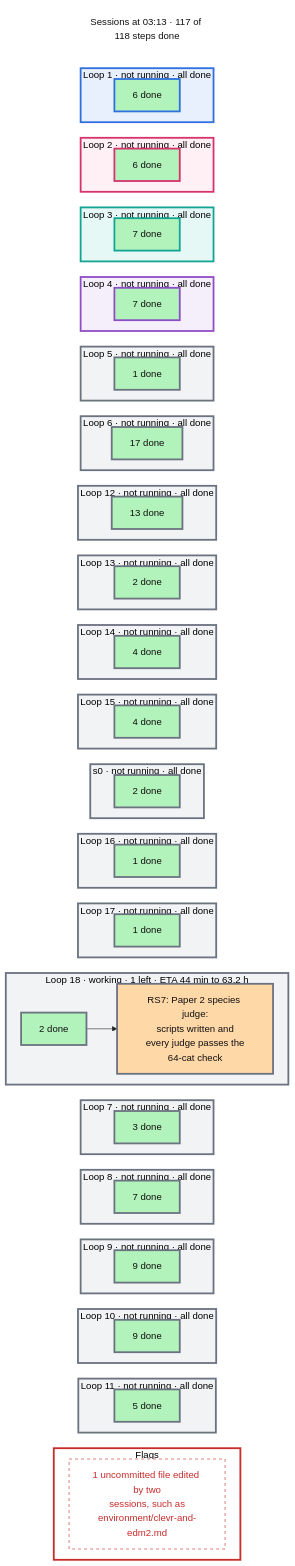
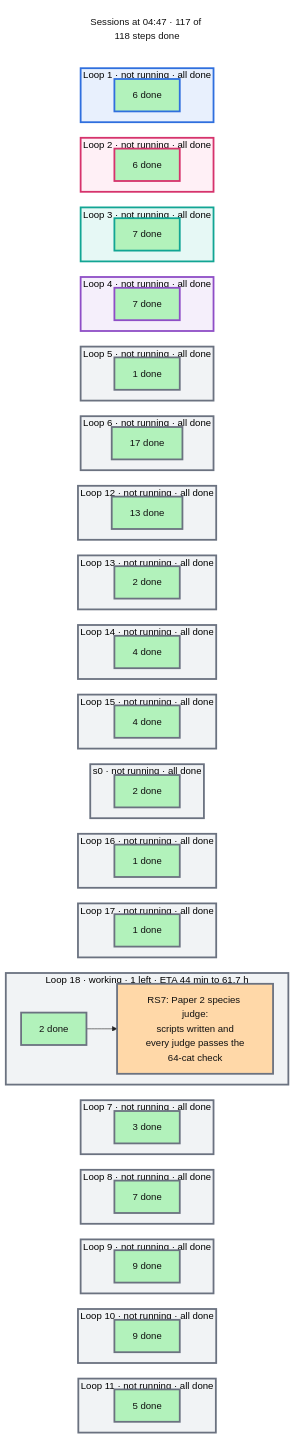
The diagram in artifacts/notes/progress/sessions.mmd (mo-rsa24/concept-composition), drawn with Mermaid before and after one commit. The commit also changed 9 other files, not shown here.

```diff
--- a/artifacts/notes/progress/sessions.mmd
+++ b/artifacts/notes/progress/sessions.mmd
@@ -1,129 +1,124 @@
 %%{init: {'theme': 'base', 'themeVariables': {'fontFamily': 'monospace', 'primaryColor': '#ffffff', 'primaryBorderColor': '#222222', 'primaryTextColor': '#111111', 'lineColor': '#222222'}, 'flowchart': {'nodeSpacing': 16, 'rankSpacing': 26}}}%%
 flowchart TB
   classDef done fill:#b2f2bb,color:#111111
   classDef doing fill:#ffd8a8,color:#111111
   classDef todo fill:#e9ecef,color:#111111
   classDef note fill:#ffffff,stroke:#c92a2a,stroke-dasharray:5 5,color:#c92a2a
-  now["Sessions at 03:13 · 117 of 118 steps done"]
+  now["Sessions at 04:47 · 117 of 118 steps done"]
   style now fill:#ffffff,stroke:#ffffff,color:#111111
   subgraph L0["Loop 1 · not running · all done"]
     direction LR
     d0["6 done"]:::done
   end
   subgraph L1["Loop 2 · not running · all done"]
     direction LR
     d1["6 done"]:::done
   end
   subgraph L2["Loop 3 · not running · all done"]
     direction LR
     d2["7 done"]:::done
   end
   subgraph L3["Loop 4 · not running · all done"]
     direction LR
     d3["7 done"]:::done
   end
   subgraph L4["Loop 5 · not running · all done"]
     direction LR
     d4["1 done"]:::done
   end
   subgraph L5["Loop 6 · not running · all done"]
     direction LR
     d5["17 done"]:::done
   end
   subgraph L6["Loop 12 · not running · all done"]
     direction LR
     d6["13 done"]:::done
   end
   subgraph L7["Loop 13 · not running · all done"]
     direction LR
     d7["2 done"]:::done
   end
   subgraph L8["Loop 14 · not running · all done"]
     direction LR
     d8["4 done"]:::done
   end
   subgraph L9["Loop 15 · not running · all done"]
     direction LR
     d9["4 done"]:::done
   end
   subgraph L10["s0 · not running · all done"]
     direction LR
     d10["2 done"]:::done
   end
   subgraph L11["Loop 16 · not running · all done"]
     direction LR
     d11["1 done"]:::done
   end
   subgraph L12["Loop 17 · not running · all done"]
     direction LR
     d12["1 done"]:::done
   end
-  subgraph L13["Loop 18 · working · 1 left · ETA 44 min to 63.2 h"]
+  subgraph L13["Loop 18 · working · 1 left · ETA 44 min to 61.7 h"]
     direction LR
     d13["2 done"]:::done --> n_RS7["RS7: Paper 2 species judge:<br/>scripts written and<br/>every judge passes the<br/>64-cat check"]:::doing
   end
   subgraph L14["Loop 7 · not running · all done"]
     direction LR
     d14["3 done"]:::done
   end
   subgraph L15["Loop 8 · not running · all done"]
     direction LR
     d15["7 done"]:::done
   end
   subgraph L16["Loop 9 · not running · all done"]
     direction LR
     d16["9 done"]:::done
   end
   subgraph L17["Loop 10 · not running · all done"]
     direction LR
     d17["9 done"]:::done
   end
   subgraph L18["Loop 11 · not running · all done"]
     direction LR
     d18["5 done"]:::done
   end
-  subgraph L19["Flags"]
-    direction LR
-    flag0["1 uncommitted file edited by two<br/>sessions, such as<br/>environment/clevr-and-edm2.md"]:::note
-  end
-  now ~~~ L0 ~~~ L1 ~~~ L2 ~~~ L3 ~~~ L4 ~~~ L5 ~~~ L6 ~~~ L7 ~~~ L8 ~~~ L9 ~~~ L10 ~~~ L11 ~~~ L12 ~~~ L13 ~~~ L14 ~~~ L15 ~~~ L16 ~~~ L17 ~~~ L18 ~~~ L19
+  now ~~~ L0 ~~~ L1 ~~~ L2 ~~~ L3 ~~~ L4 ~~~ L5 ~~~ L6 ~~~ L7 ~~~ L8 ~~~ L9 ~~~ L10 ~~~ L11 ~~~ L12 ~~~ L13 ~~~ L14 ~~~ L15 ~~~ L16 ~~~ L17 ~~~ L18
   style L0 fill:#e8f0fd,stroke:#2f6fde,stroke-width:3px
   style d0 stroke:#2f6fde,stroke-width:3px
   style L1 fill:#fff0f6,stroke:#d6336c,stroke-width:3px
   style d1 stroke:#d6336c,stroke-width:3px
   style L2 fill:#e6f8f5,stroke:#12a594,stroke-width:3px
   style d2 stroke:#12a594,stroke-width:3px
   style L3 fill:#f5effb,stroke:#8e4ec6,stroke-width:3px
   style d3 stroke:#8e4ec6,stroke-width:3px
   style L4 fill:#f1f3f5,stroke:#6b7280,stroke-width:3px
   style d4 stroke:#6b7280,stroke-width:3px
   style L5 fill:#f1f3f5,stroke:#6b7280,stroke-width:3px
   style d5 stroke:#6b7280,stroke-width:3px
   style L6 fill:#f1f3f5,stroke:#6b7280,stroke-width:3px
   style d6 stroke:#6b7280,stroke-width:3px
   style L7 fill:#f1f3f5,stroke:#6b7280,stroke-width:3px
   style d7 stroke:#6b7280,stroke-width:3px
   style L8 fill:#f1f3f5,stroke:#6b7280,stroke-width:3px
   style d8 stroke:#6b7280,stroke-width:3px
   style L9 fill:#f1f3f5,stroke:#6b7280,stroke-width:3px
   style d9 stroke:#6b7280,stroke-width:3px
   style L10 fill:#f1f3f5,stroke:#6b7280,stroke-width:3px
   style d10 stroke:#6b7280,stroke-width:3px
   style L11 fill:#f1f3f5,stroke:#6b7280,stroke-width:3px
   style d11 stroke:#6b7280,stroke-width:3px
   style L12 fill:#f1f3f5,stroke:#6b7280,stroke-width:3px
   style d12 stroke:#6b7280,stroke-width:3px
   style L13 fill:#f1f3f5,stroke:#6b7280,stroke-width:3px
   style d13 stroke:#6b7280,stroke-width:3px
   style n_RS7 stroke:#6b7280,stroke-width:3px
   style L14 fill:#f1f3f5,stroke:#6b7280,stroke-width:3px
   style d14 stroke:#6b7280,stroke-width:3px
   style L15 fill:#f1f3f5,stroke:#6b7280,stroke-width:3px
   style d15 stroke:#6b7280,stroke-width:3px
   style L16 fill:#f1f3f5,stroke:#6b7280,stroke-width:3px
   style d16 stroke:#6b7280,stroke-width:3px
   style L17 fill:#f1f3f5,stroke:#6b7280,stroke-width:3px
   style d17 stroke:#6b7280,stroke-width:3px
   style L18 fill:#f1f3f5,stroke:#6b7280,stroke-width:3px
   style d18 stroke:#6b7280,stroke-width:3px
-  style L19 fill:#ffffff,stroke:#c92a2a,stroke-width:3px
```
